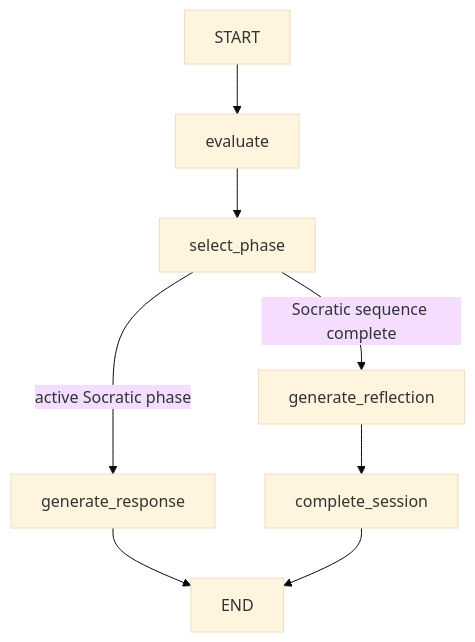
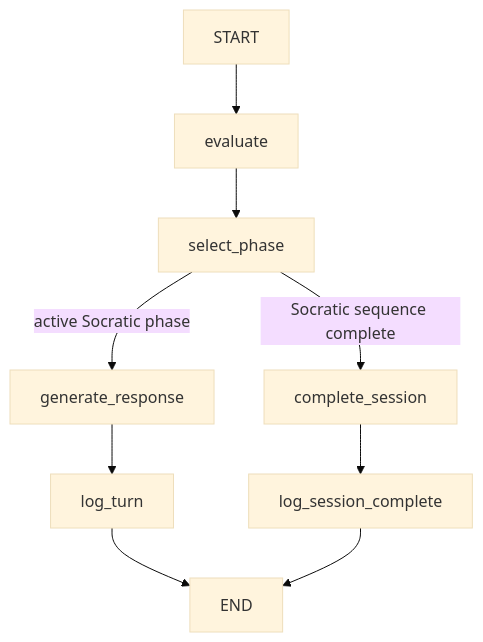
Before and after one commit to anissawilliams/socratic_agentic_ai: the second of 3 diagrams in README.md, drawn with Mermaid (base theme). The commit also changed other lines of this file and 6 other files, not shown here.

````diff
--- a/README.md
+++ b/README.md
@@ -88,10 +88,11 @@
 ```mermaid
 flowchart TD
     START --> evaluate
     evaluate --> select_phase
     select_phase -->|active Socratic phase| generate_response
-    select_phase -->|Socratic sequence complete| generate_reflection
-    generate_response --> END
-    generate_reflection --> complete_session
-    complete_session --> END
+    select_phase -->|Socratic sequence complete| complete_session
+    generate_response --> log_turn
+    log_turn --> END
+    complete_session --> log_session_complete
+    log_session_complete --> END
 ```
````
